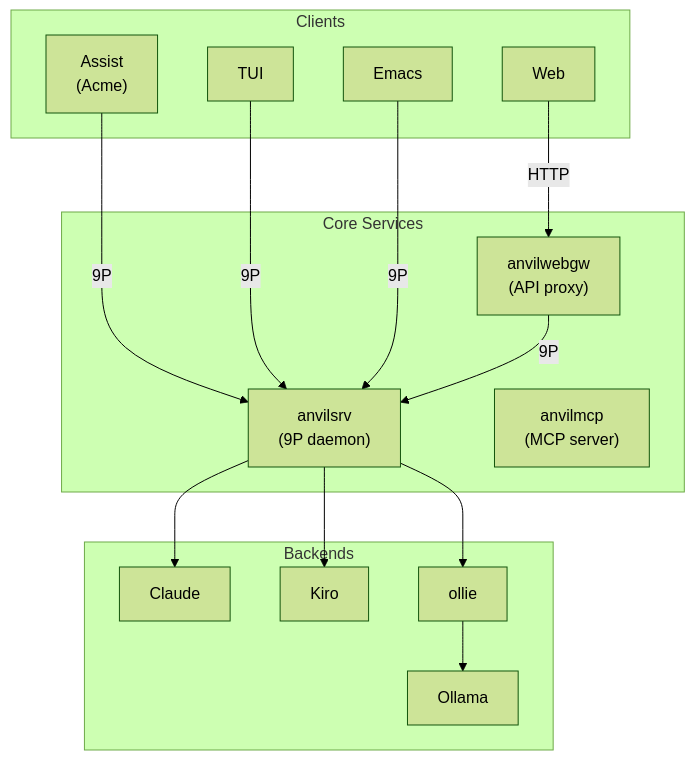
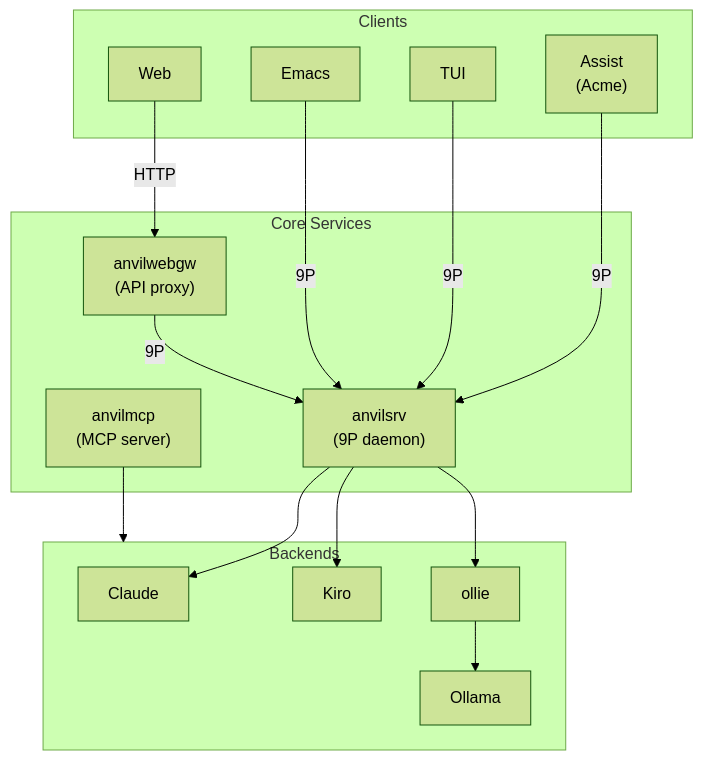
The diagram in docs/diagrams/architecture.mmd (lneely/anvillm), drawn with Mermaid (forest theme) before and after one commit. The commit also changed 1 other file, not shown here.

Commit message:
Add anvilmcp connection to Backends in architecture diagram

```diff
--- a/docs/diagrams/architecture.mmd
+++ b/docs/diagrams/architecture.mmd
@@ -1,31 +1,32 @@
 graph TB
     subgraph Clients
         Assist["Assist<br/>(Acme)"]
         TUI["TUI"]
         Emacs["Emacs"]
         Web["Web"]
     end
     
     subgraph Core["Core Services"]
         anvilsrv["anvilsrv<br/>(9P daemon)"]
         anvilmcp["anvilmcp<br/>(MCP server)"]
         anvilwebgw["anvilwebgw<br/>(API proxy)"]
     end
     
     subgraph Backends
         Claude["Claude"]
         Kiro["Kiro"]
         ollie["ollie"]
         Ollama["Ollama"]
     end
     
     Assist -->|9P| anvilsrv
     TUI -->|9P| anvilsrv
     Emacs -->|9P| anvilsrv
     Web -->|HTTP| anvilwebgw
     anvilwebgw -->|9P| anvilsrv
     
     anvilsrv --> Claude
     anvilsrv --> Kiro
     anvilsrv --> ollie
+    anvilmcp --> Backends
     ollie --> Ollama
```
